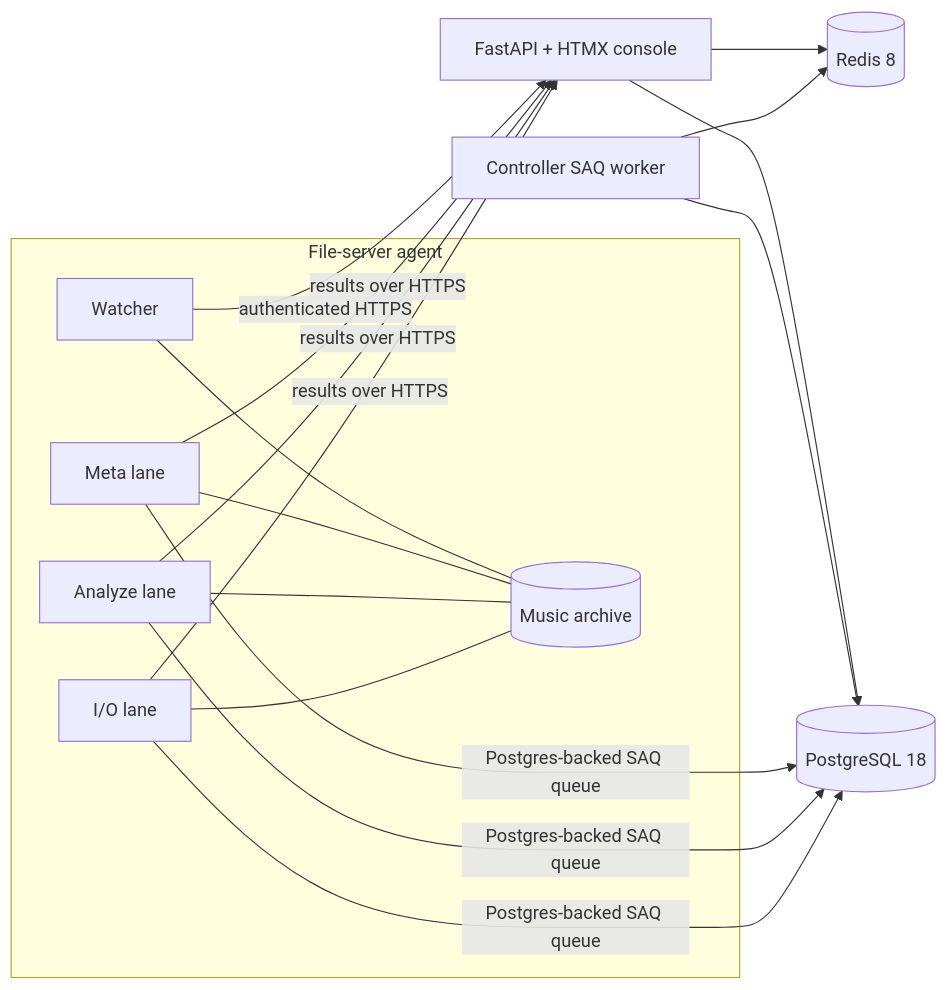
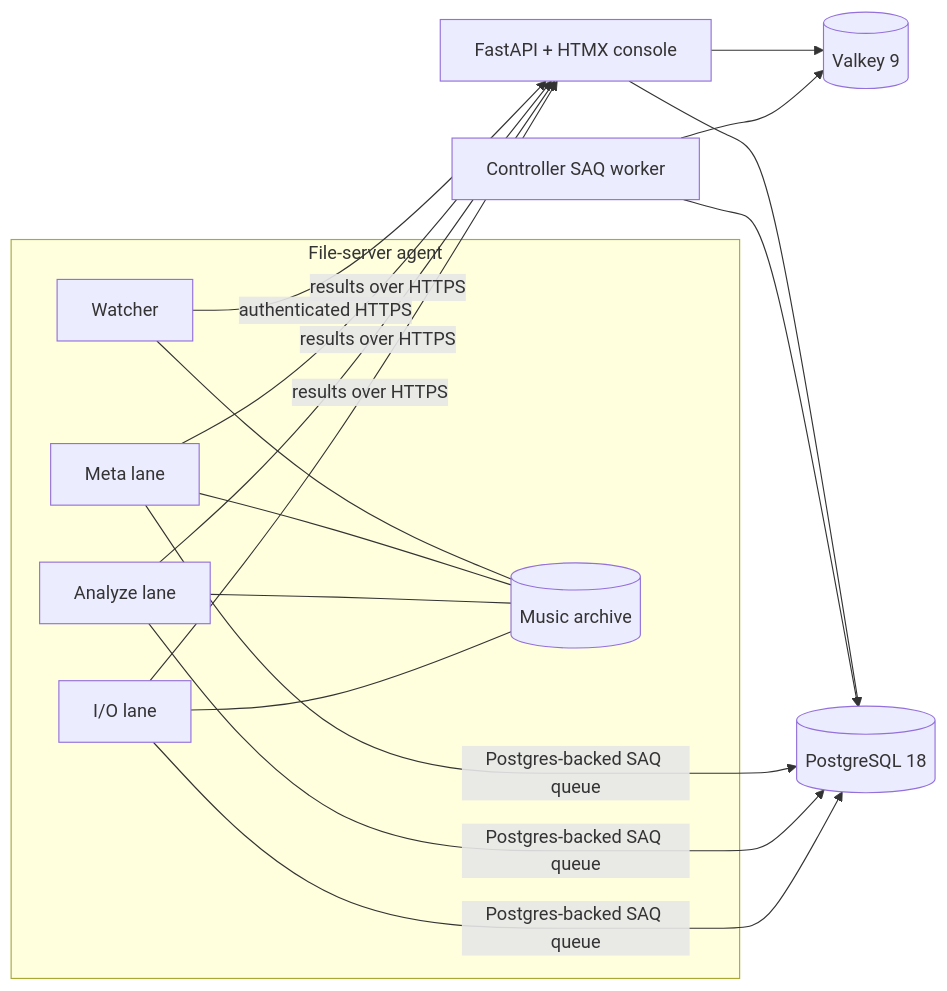
The second of 2 diagrams in README.md (SimplicityGuy/phaze), drawn with Mermaid before and after one commit. The commit also changed 3 other files, not shown here.

Commit message:
docs: name Valkey 9 as the one Redis-protocol image and retire the version-skew gap

````diff
--- a/README.md
+++ b/README.md
@@ -87,27 +87,27 @@
 ```mermaid
 flowchart LR
     UI[FastAPI + HTMX console] --> PG[(PostgreSQL 18)]
     CW[Controller SAQ worker] --> PG
-    UI --> R[(Redis 8)]
+    UI --> R[(Valkey 9)]
     CW --> R
 
     subgraph FS[File-server agent]
       W[Watcher]
       AM[Meta lane]
       AA[Analyze lane]
       AI[I/O lane]
       F[(Music archive)]
       W --- F
       AM --- F
       AA --- F
       AI --- F
     end
 
     W -->|authenticated HTTPS| UI
     AM -->|Postgres-backed SAQ queue| PG
     AA -->|Postgres-backed SAQ queue| PG
     AI -->|Postgres-backed SAQ queue| PG
     AM -->|results over HTTPS| UI
     AA -->|results over HTTPS| UI
     AI -->|results over HTTPS| UI
 ```
````
